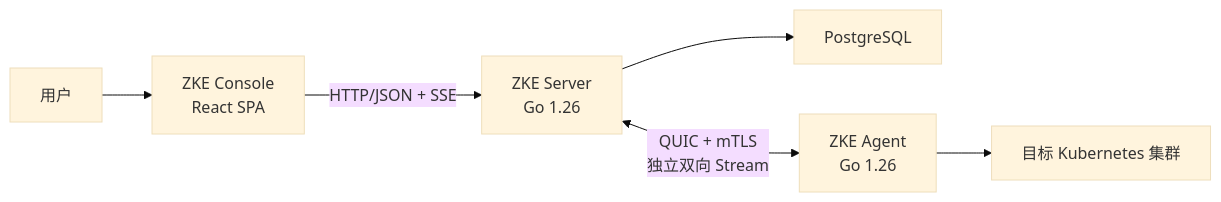
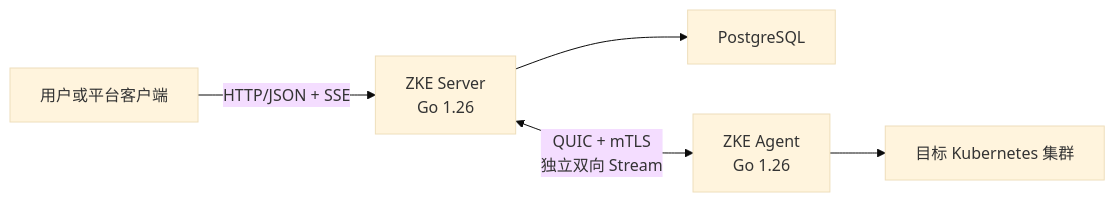
One commit to togettoyou/zke changed the diagram in docs/architecture/technical-foundation.md. Above: the diagram before and after it, drawn with Mermaid (base theme). The commit also changed other lines of this file and 22 other files, not shown here.

````diff
--- a/docs/architecture/technical-foundation.md
+++ b/docs/architecture/technical-foundation.md
@@ -44,8 +40,7 @@
 ```mermaid
 flowchart LR
-    User["用户"] --> Console["ZKE Console<br/>React SPA"]
-    Console -->|"HTTP/JSON + SSE"| Server["ZKE Server<br/>Go 1.26"]
+    Client["用户或平台客户端"] -->|"HTTP/JSON + SSE"| Server["ZKE Server<br/>Go 1.26"]
     Server --> DB["PostgreSQL"]
     Server <-->|"QUIC + mTLS<br/>独立双向 Stream"| Agent["ZKE Agent<br/>Go 1.26"]
     Agent --> K8s["目标 Kubernetes 集群"]
 ```
````
